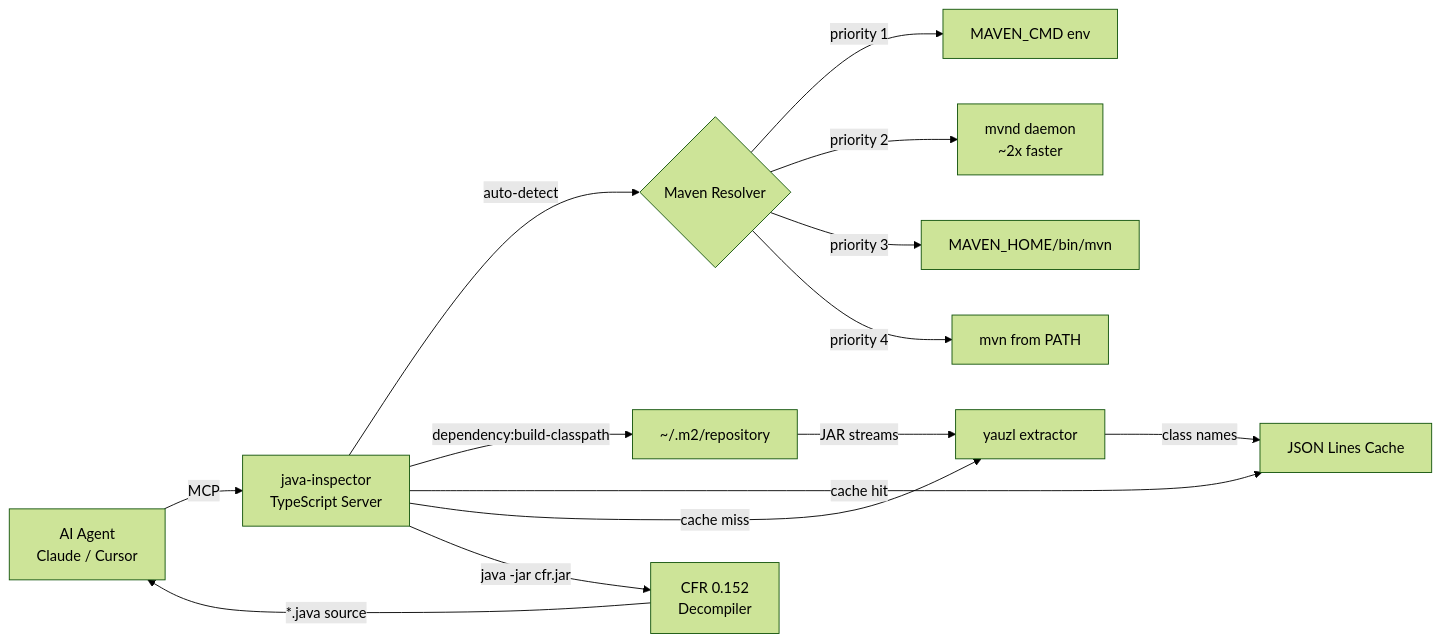
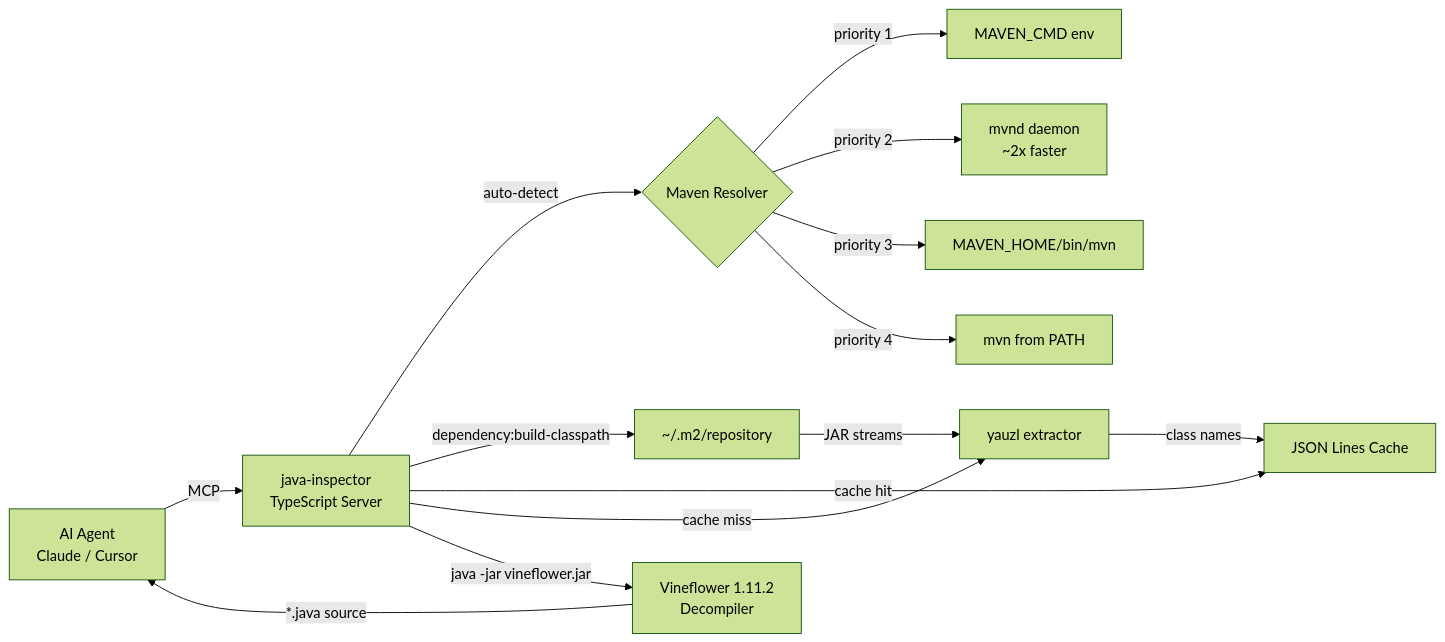
One commit to mustafagoksever/java-inspector changed the first of 3 diagrams in README.md. Above: the diagram before and after it, drawn with Mermaid (forest theme). The commit also changed other lines of this file and 3 other files, not shown here.

````diff
--- a/README.md
+++ b/README.md
@@ -30,16 +30,16 @@
 ```mermaid
 graph LR
     A[AI Agent<br/>Claude / Cursor] -->|MCP| B[java-inspector<br/>TypeScript Server]
     B -->|auto-detect| C{Maven Resolver}
     C -->|priority 1| D[MAVEN_CMD env]
     C -->|priority 2| E[mvnd daemon<br/>~2x faster]
     C -->|priority 3| F[MAVEN_HOME/bin/mvn]
     C -->|priority 4| G[mvn from PATH]
     B -->|dependency:build-classpath| H[~/.m2/repository]
     H -->|JAR streams| I[yauzl extractor]
     I -->|class names| J[JSON Lines Cache]
     B -->|cache hit| J
     B -->|cache miss| I
-    B -->|java -jar cfr.jar| K[CFR 0.152<br/>Decompiler]
+    B -->|java -jar vineflower.jar| K[Vineflower 1.11.2<br/>Decompiler]
     K -->|*.java source| A
 ```
````
